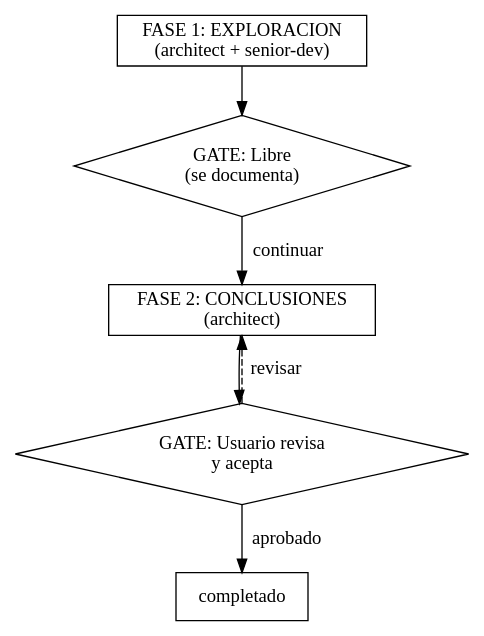
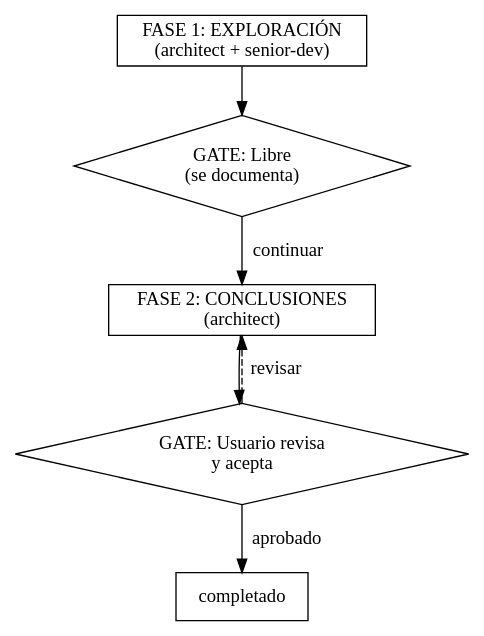
The third of 3 diagrams in agents/alfred.md (686f6c61/Claude-JARVIS-dev), drawn with Graphviz before and after one commit. The commit also changed other lines of this file and 68 other files, not shown here.

````diff
--- a/agents/alfred.md
+++ b/agents/alfred.md
@@ -176,18 +176,18 @@
 ```dot
 digraph spike_flow {
     rankdir=TB;
     node [shape=box];
 
-    exploracion [label="FASE 1: EXPLORACION\n(architect + senior-dev)"];
+    exploracion [label="FASE 1: EXPLORACIÓN\n(architect + senior-dev)"];
     conclusiones [label="FASE 2: CONCLUSIONES\n(architect)"];
 
     gate_exp [label="GATE: Libre\n(se documenta)" shape=diamond];
     gate_con [label="GATE: Usuario revisa\ny acepta" shape=diamond];
 
     exploracion -> gate_exp;
     gate_exp -> conclusiones [label="continuar"];
     conclusiones -> gate_con;
     gate_con -> completado [label="aprobado" shape=doublecircle];
     gate_con -> conclusiones [label="revisar" style=dashed];
 }
 ```
````
